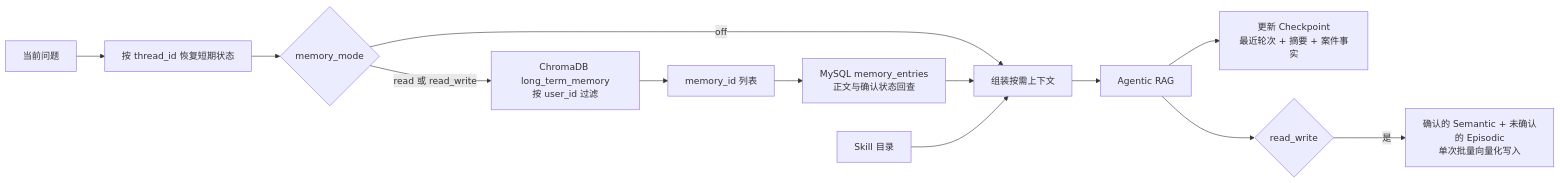
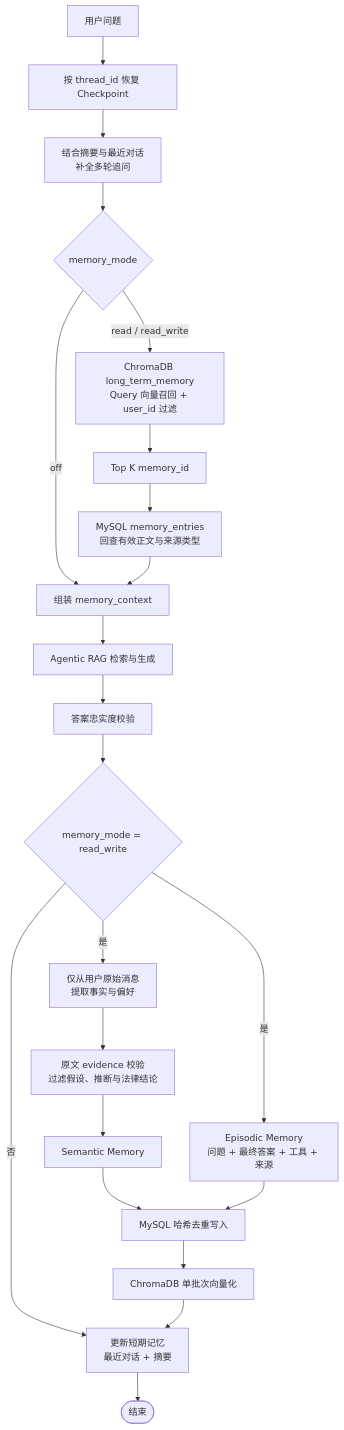
Before and after one commit to Leo8150/LawRAG: the fourth of 8 diagrams in README.md, drawn with Mermaid. The commit also changed other lines of this file and 16 other files, not shown here.

````diff
--- a/README.md
+++ b/README.md
@@ -655,15 +652,24 @@
 ```mermaid
-flowchart LR
-    Q[当前问题] --> ST[按 thread_id 恢复短期状态]
-    ST --> MODE{memory_mode}
-    MODE -->|off| MERGE[组装按需上下文]
-    MODE -->|read 或 read_write| VS[ChromaDB long_term_memory<br/>按 user_id 过滤]
-    VS --> IDS[memory_id 列表]
-    IDS --> SQL[MySQL memory_entries<br/>正文与确认状态回查]
-    SQL --> MERGE
-    SK[Skill 目录] --> MERGE
-    MERGE --> AGENT[Agentic RAG]
-    AGENT --> STW[更新 Checkpoint<br/>最近轮次 + 摘要 + 案件事实]
-    AGENT --> WRITE{read_write}
-    WRITE -->|是| BATCH[确认的 Semantic + 未确认的 Episodic<br/>单次批量向量化写入]
+flowchart TD
+    Q[用户问题] --> CP[按 thread_id 恢复 Checkpoint]
+    CP --> RESOLVE[结合摘要与最近对话<br/>补全多轮追问]
+    RESOLVE --> MODE{memory_mode}
+    MODE -->|off| MERGE[组装 memory_context]
+    MODE -->|read / read_write| VECTOR[ChromaDB long_term_memory<br/>Query 向量召回 + user_id 过滤]
+    VECTOR --> IDS[Top K memory_id]
+    IDS --> MYSQL[MySQL memory_entries<br/>回查有效正文与来源类型]
+    MYSQL --> MERGE
+    MERGE --> RAG[Agentic RAG 检索与生成]
+    RAG --> CHECK[答案忠实度校验]
+    CHECK --> WRITE{memory_mode = read_write}
+    WRITE -->|否| SHORT[更新短期记忆<br/>最近对话 + 摘要]
+    WRITE -->|是| EXTRACT[仅从用户原始消息<br/>提取事实与偏好]
+    EXTRACT --> GUARD[原文 evidence 校验<br/>过滤假设、推断与法律结论]
+    GUARD --> SEM[Semantic Memory]
+    WRITE -->|是| EPI[Episodic Memory<br/>问题 + 最终答案 + 工具 + 来源]
+    SEM --> UPSERT[MySQL 哈希去重写入]
+    EPI --> UPSERT
+    UPSERT --> INDEX[ChromaDB 单批次向量化]
+    INDEX --> SHORT
+    SHORT --> END([结束])
 ```
````
